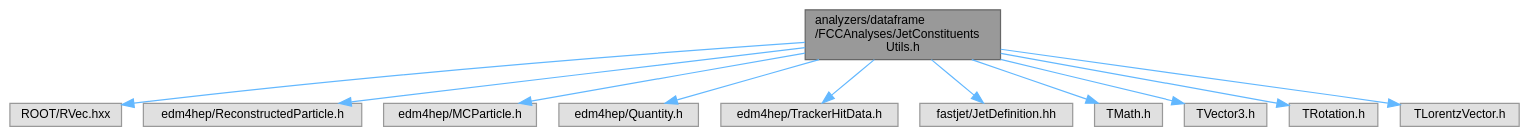
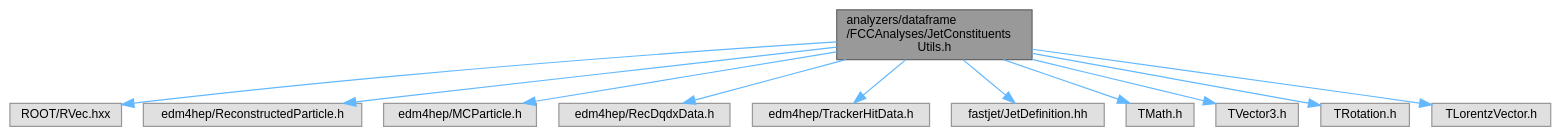
The diagram in doc/latest/JetConstituentsUtils_8h__incl.dot (HEP-FCC/FCCAnalyses), drawn with Graphviz before and after one commit. The commit also changed 10 other files, not shown here.

```diff
--- a/doc/latest/JetConstituentsUtils_8h__incl.dot
+++ b/doc/latest/JetConstituentsUtils_8h__incl.dot
@@ -1,28 +1,28 @@
 digraph "analyzers/dataframe/FCCAnalyses/JetConstituentsUtils.h"
 {
  // LATEX_PDF_SIZE
   bgcolor="transparent";
   edge [fontname=Helvetica,fontsize=10,labelfontname=Helvetica,labelfontsize=10];
   node [fontname=Helvetica,fontsize=10,shape=box,height=0.2,width=0.4];
   Node1 [id="Node000001",label="analyzers/dataframe\l/FCCAnalyses/JetConstituents\lUtils.h",height=0.2,width=0.4,color="gray40", fillcolor="grey60", style="filled", fontcolor="black",tooltip=" "];
   Node1 -> Node2 [id="edge1_Node000001_Node000002",color="steelblue1",style="solid",tooltip=" "];
   Node2 [id="Node000002",label="ROOT/RVec.hxx",height=0.2,width=0.4,color="grey60", fillcolor="#E0E0E0", style="filled",tooltip=" "];
   Node1 -> Node3 [id="edge2_Node000001_Node000003",color="steelblue1",style="solid",tooltip=" "];
   Node3 [id="Node000003",label="edm4hep/ReconstructedParticle.h",height=0.2,width=0.4,color="grey60", fillcolor="#E0E0E0", style="filled",tooltip=" "];
   Node1 -> Node4 [id="edge3_Node000001_Node000004",color="steelblue1",style="solid",tooltip=" "];
   Node4 [id="Node000004",label="edm4hep/MCParticle.h",height=0.2,width=0.4,color="grey60", fillcolor="#E0E0E0", style="filled",tooltip=" "];
   Node1 -> Node5 [id="edge4_Node000001_Node000005",color="steelblue1",style="solid",tooltip=" "];
-  Node5 [id="Node000005",label="edm4hep/Quantity.h",height=0.2,width=0.4,color="grey60", fillcolor="#E0E0E0", style="filled",tooltip=" "];
+  Node5 [id="Node000005",label="edm4hep/RecDqdxData.h",height=0.2,width=0.4,color="grey60", fillcolor="#E0E0E0", style="filled",tooltip=" "];
   Node1 -> Node6 [id="edge5_Node000001_Node000006",color="steelblue1",style="solid",tooltip=" "];
   Node6 [id="Node000006",label="edm4hep/TrackerHitData.h",height=0.2,width=0.4,color="grey60", fillcolor="#E0E0E0", style="filled",tooltip=" "];
   Node1 -> Node7 [id="edge6_Node000001_Node000007",color="steelblue1",style="solid",tooltip=" "];
   Node7 [id="Node000007",label="fastjet/JetDefinition.hh",height=0.2,width=0.4,color="grey60", fillcolor="#E0E0E0", style="filled",tooltip=" "];
   Node1 -> Node8 [id="edge7_Node000001_Node000008",color="steelblue1",style="solid",tooltip=" "];
   Node8 [id="Node000008",label="TMath.h",height=0.2,width=0.4,color="grey60", fillcolor="#E0E0E0", style="filled",tooltip=" "];
   Node1 -> Node9 [id="edge8_Node000001_Node000009",color="steelblue1",style="solid",tooltip=" "];
   Node9 [id="Node000009",label="TVector3.h",height=0.2,width=0.4,color="grey60", fillcolor="#E0E0E0", style="filled",tooltip=" "];
   Node1 -> Node10 [id="edge9_Node000001_Node000010",color="steelblue1",style="solid",tooltip=" "];
   Node10 [id="Node000010",label="TRotation.h",height=0.2,width=0.4,color="grey60", fillcolor="#E0E0E0", style="filled",tooltip=" "];
   Node1 -> Node11 [id="edge10_Node000001_Node000011",color="steelblue1",style="solid",tooltip=" "];
   Node11 [id="Node000011",label="TLorentzVector.h",height=0.2,width=0.4,color="grey60", fillcolor="#E0E0E0", style="filled",tooltip=" "];
 }
```
